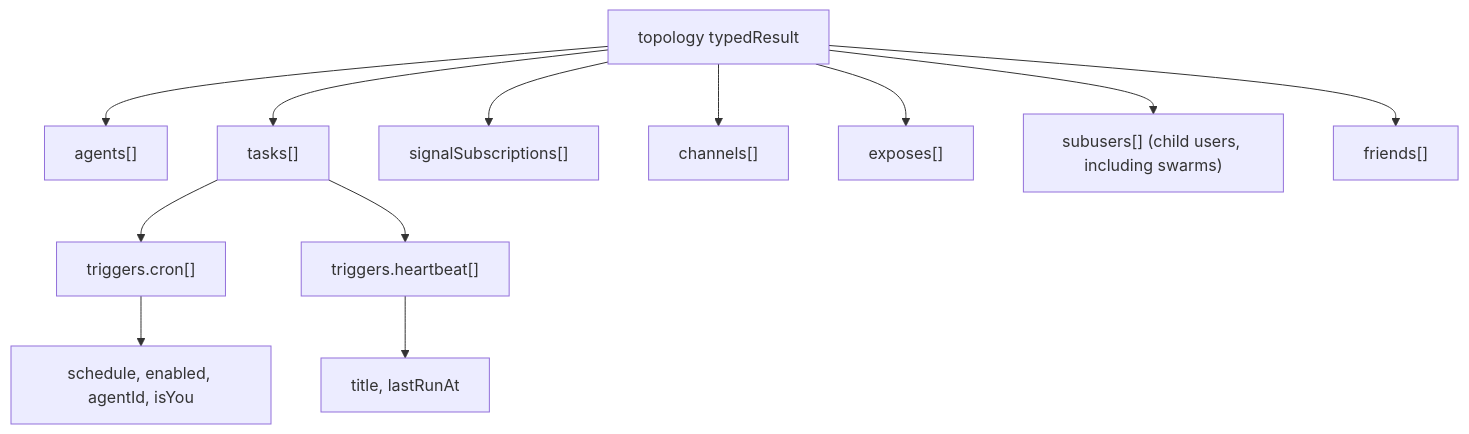
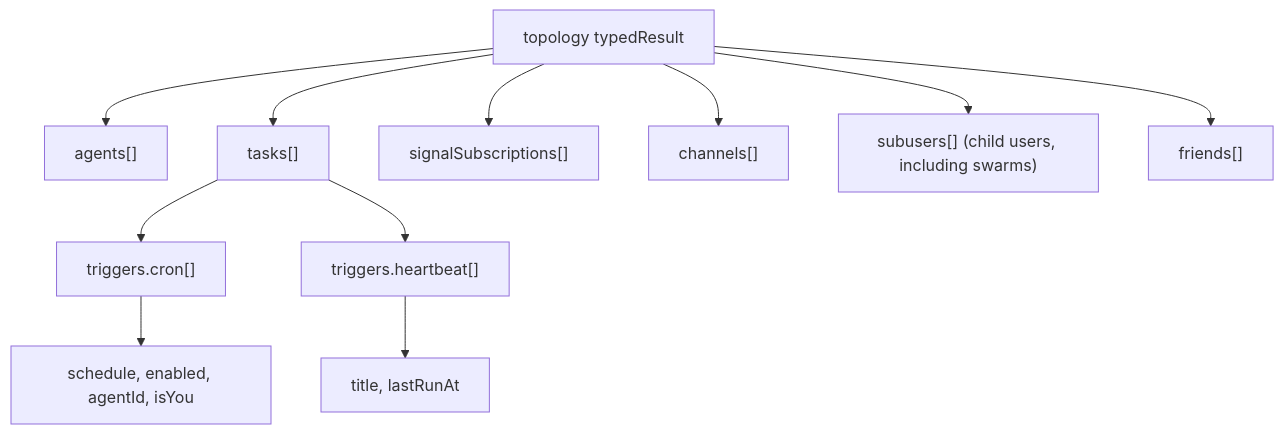
Before and after one commit to ex3ndr/daycare: the diagram in doc/topology-structured-return.md, drawn with Mermaid. The commit also changed 73 other files, not shown here.

````diff
--- a/doc/topology-structured-return.md
+++ b/doc/topology-structured-return.md
@@ -15,16 +15,15 @@
 ```mermaid
 flowchart TD
     Topology["topology typedResult"] --> Agents["agents[]"]
     Topology --> Tasks["tasks[]"]
     Topology --> Signals["signalSubscriptions[]"]
     Topology --> Channels["channels[]"]
-    Topology --> Exposes["exposes[]"]
     Topology --> Subusers["subusers[] (child users, including swarms)"]
     Topology --> Friends["friends[]"]
 
     Tasks --> Cron["triggers.cron[]"]
     Tasks --> Heartbeat["triggers.heartbeat[]"]
 
     Cron --> CronMeta["schedule, enabled, agentId, isYou"]
     Heartbeat --> HbMeta["title, lastRunAt"]
 ```
````
